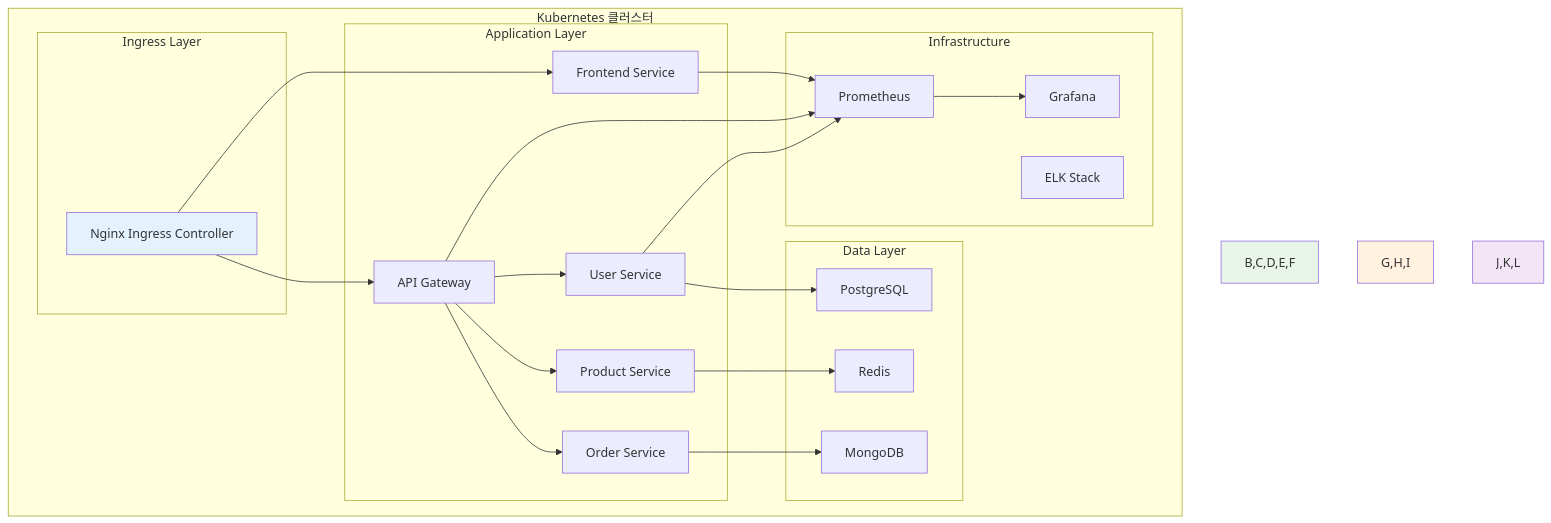
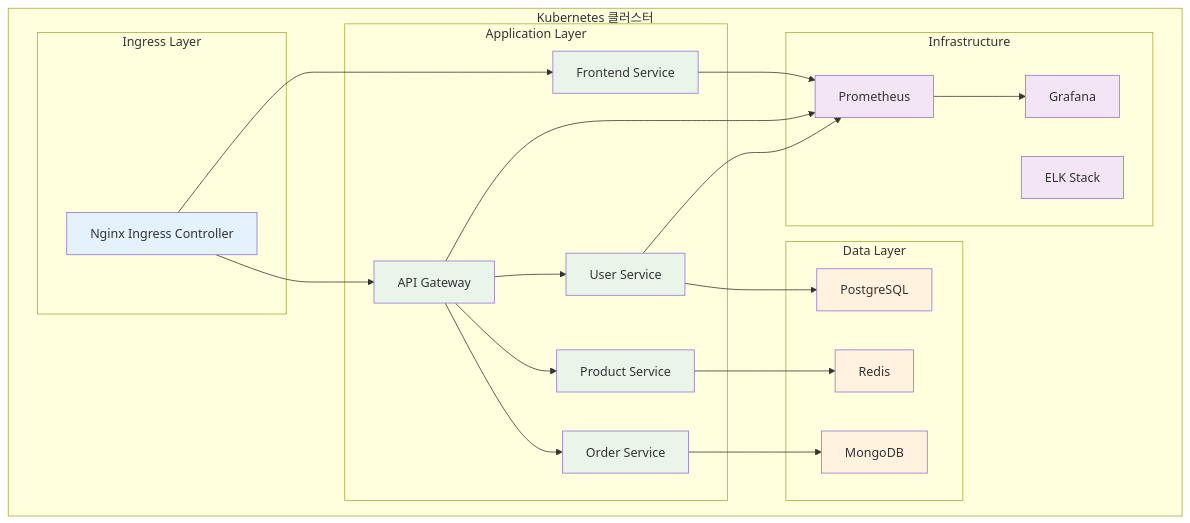
Before and after one commit to niceguy61/kdt_devops_lecture_2025: the diagram in theory/week_04/README.md, drawn with Mermaid. The commit also changed 12 other files, not shown here.

Commit message:
mermaid 수정

````diff
--- a/theory/week_04/README.md
+++ b/theory/week_04/README.md
@@ -120,47 +120,55 @@
 ```mermaid
 graph TB
     subgraph "Kubernetes 클러스터"
         subgraph "Ingress Layer"
             A[Nginx Ingress Controller]
         end
         
         subgraph "Application Layer"
             B[Frontend Service]
             C[API Gateway]
             D[User Service]
             E[Product Service]
             F[Order Service]
         end
         
         subgraph "Data Layer"
             G[PostgreSQL]
             H[Redis]
             I[MongoDB]
         end
         
         subgraph "Infrastructure"
             J[Prometheus]
             K[Grafana]
             L[ELK Stack]
         end
     end
     
     A --> B
     A --> C
     C --> D
     C --> E
     C --> F
     D --> G
     E --> H
     F --> I
     
     B --> J
     C --> J
     D --> J
     J --> K
     
     style A fill:#e3f2fd
-    style B,C,D,E,F fill:#e8f5e8
-    style G,H,I fill:#fff3e0
-    style J,K,L fill:#f3e5f5
+    style B fill:#e8f5e8
+    style C fill:#e8f5e8
+    style D fill:#e8f5e8
+    style E fill:#e8f5e8
+    style F fill:#e8f5e8
+    style G fill:#fff3e0
+    style H fill:#fff3e0
+    style I fill:#fff3e0
+    style J fill:#f3e5f5
+    style K fill:#f3e5f5
+    style L fill:#f3e5f5
 ```
````
